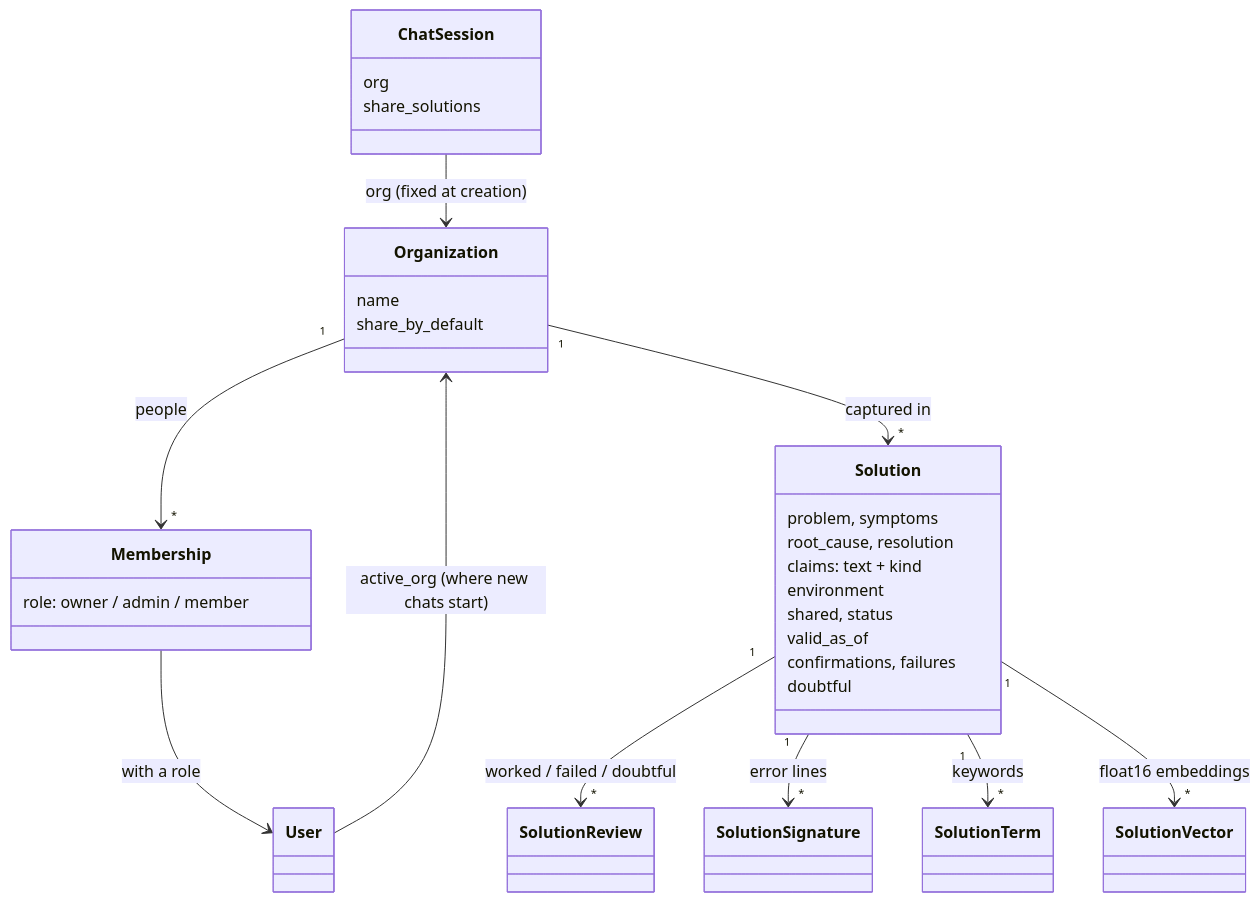
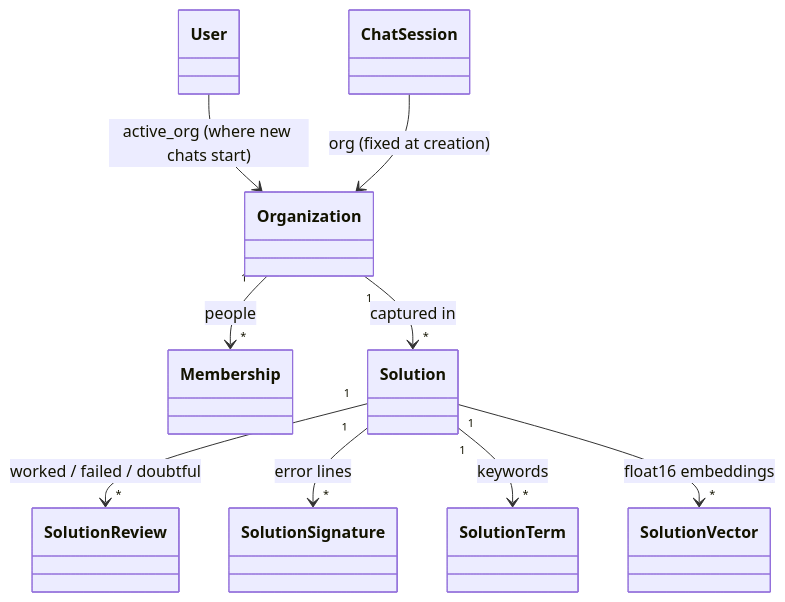
One commit to KaushalJainAI/AIAAS changed the seventh of 7 diagrams in LLD_Guide/01_HLD_and_Object_Model.md. Above: the diagram before and after it, drawn with Mermaid. The commit also changed other lines of this file and 323 other files, not shown here.

````diff
--- a/LLD_Guide/01_HLD_and_Object_Model.md
+++ b/LLD_Guide/01_HLD_and_Object_Model.md
@@ -298,34 +264,11 @@
 ```mermaid
 classDiagram
     Organization "1" --> "*" Membership : people
-    Membership --> User : with a role
     User --> Organization : active_org (where new chats start)
     ChatSession --> Organization : org (fixed at creation)
     Organization "1" --> "*" Solution : captured in
     Solution "1" --> "*" SolutionReview : worked / failed / doubtful
     Solution "1" --> "*" SolutionSignature : error lines
     Solution "1" --> "*" SolutionTerm : keywords
     Solution "1" --> "*" SolutionVector : float16 embeddings
-
-    class Organization{
-      name
-      share_by_default
-    }
-    class Membership{
-      role: owner / admin / member
-    }
-    class ChatSession{
-      org
-      share_solutions
-    }
-    class Solution{
-      problem, symptoms
-      root_cause, resolution
-      claims: text + kind
-      environment
-      shared, status
-      valid_as_of
-      confirmations, failures
-      doubtful
-    }
 ```
````
